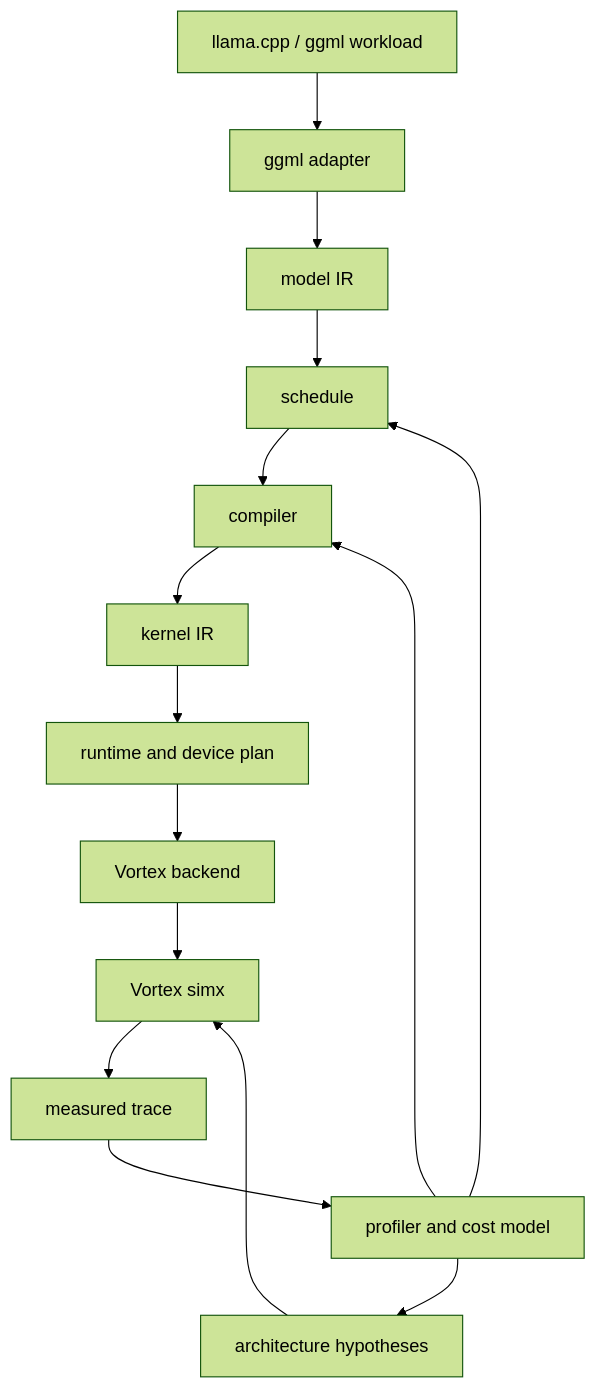
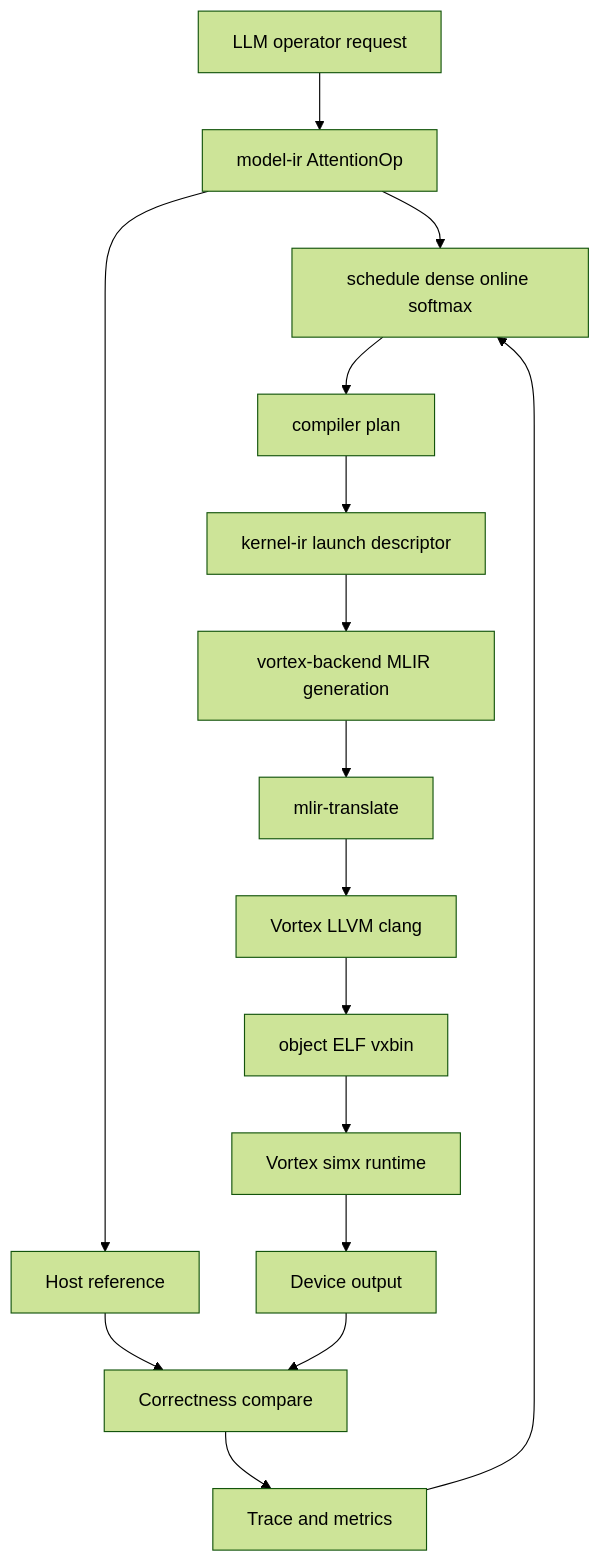
The first of 2 diagrams in docs/design.md (devillove084/Mandrel), drawn with Mermaid (forest theme) before and after one commit. The commit also changed other lines of this file and 54 other files, not shown here.

Commit message:
feat: support mlir codegen and attention

````diff
--- a/docs/design.md
+++ b/docs/design.md
@@ -62,17 +7,18 @@
 ```mermaid
 flowchart TD
-    A[llama.cpp / ggml workload] --> B[ggml adapter]
-    B --> C[model IR]
-    C --> D[schedule]
-    D --> E[compiler]
-    E --> F[kernel IR]
-    F --> G[runtime and device plan]
-    G --> H[Vortex backend]
-    H --> I[Vortex simx]
-    I --> J[measured trace]
-    J --> K[profiler and cost model]
-    K --> D
-    K --> E
-    K --> L[architecture hypotheses]
-    L --> I
+    A[LLM operator request] --> B[model-ir AttentionOp]
+    B --> C[schedule dense online softmax]
+    C --> D[compiler plan]
+    D --> E[kernel-ir launch descriptor]
+    E --> F[vortex-backend MLIR generation]
+    F --> G[mlir-translate]
+    G --> H[Vortex LLVM clang]
+    H --> I[object ELF vxbin]
+    I --> J[Vortex simx runtime]
+    J --> K[Device output]
+    B --> R[Host reference]
+    R --> M[Correctness compare]
+    K --> M
+    M --> N[Trace and metrics]
+    N --> C
 ```
````
